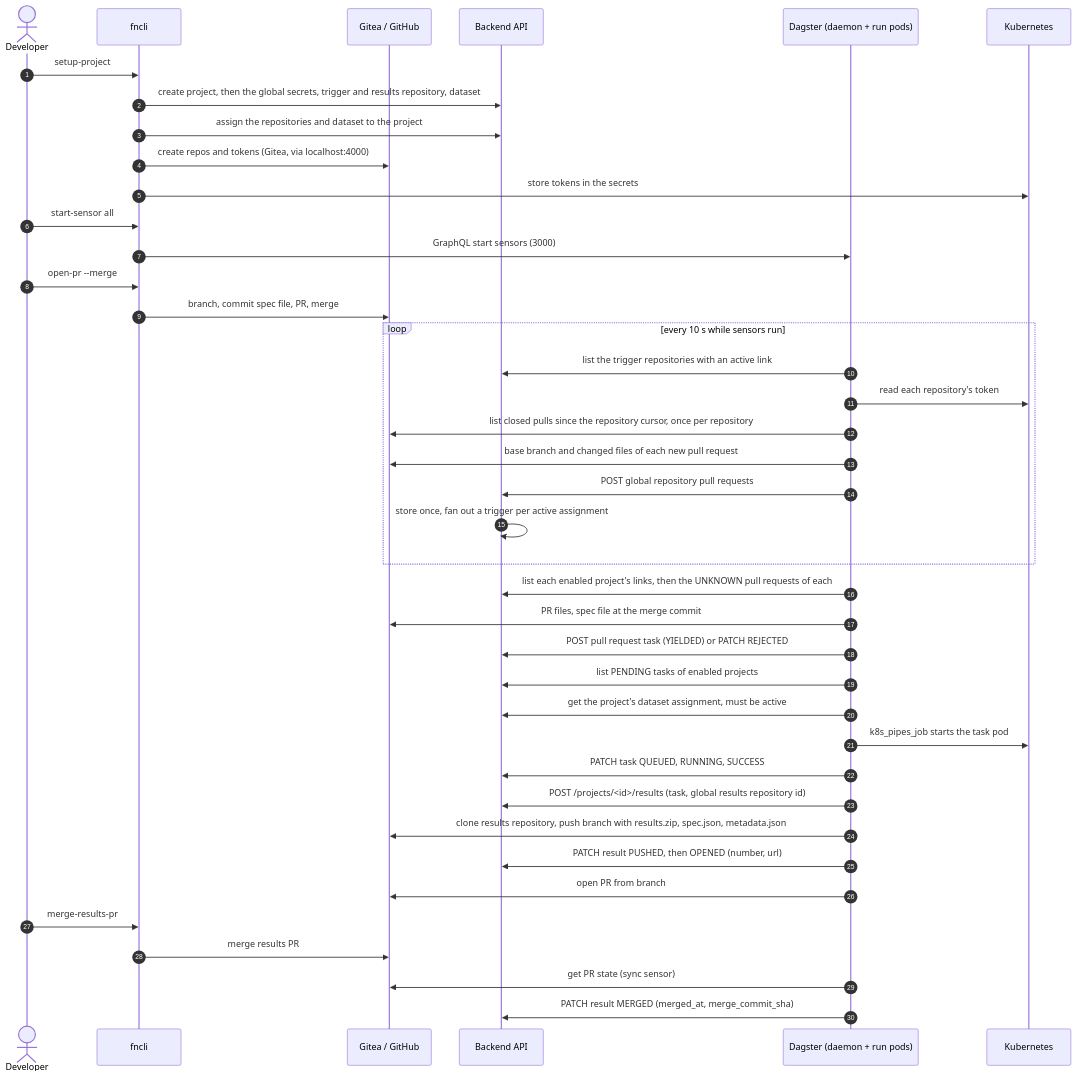
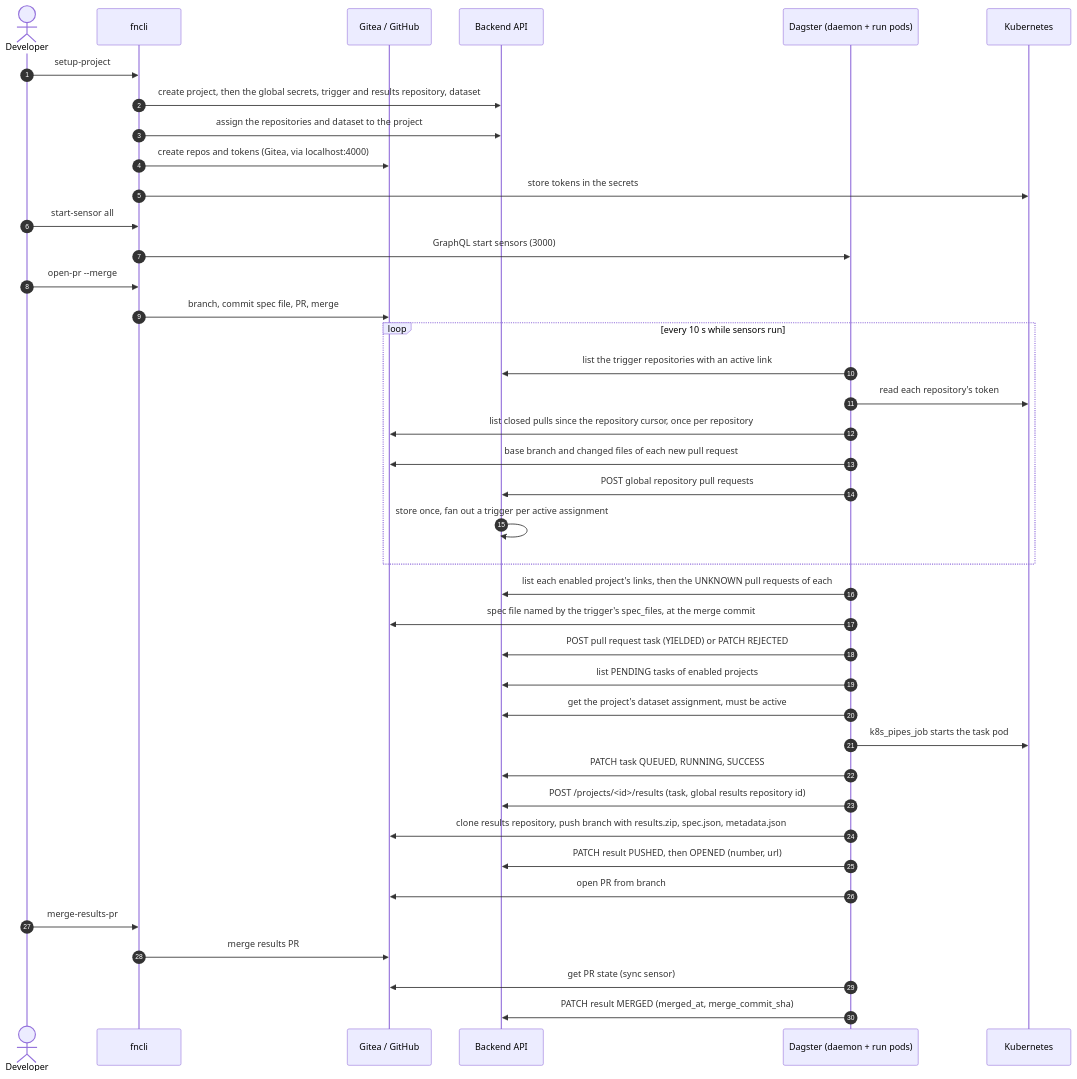
One commit to Aridhia-Open-Source/PHEMS_federated_node changed the second of 3 diagrams in docs/architecture/flows.md. Above: the diagram before and after it, drawn with Mermaid. The commit also changed 32 other files, not shown here.

````diff
--- a/docs/architecture/flows.md
+++ b/docs/architecture/flows.md
@@ -55,44 +55,44 @@
 ```mermaid
 sequenceDiagram
     autonumber
     actor Dev as Developer
     participant CLI as fncli
     participant Git as Gitea / GitHub
     participant BE as Backend API
     participant DG as Dagster (daemon + run pods)
     participant K8s as Kubernetes
 
     Dev->>CLI: setup-project
     CLI->>BE: create project, then the global secrets, trigger and results repository, dataset
     CLI->>BE: assign the repositories and dataset to the project
     CLI->>Git: create repos and tokens (Gitea, via localhost:4000)
     CLI->>K8s: store tokens in the secrets
     Dev->>CLI: start-sensor all
     CLI->>DG: GraphQL start sensors (3000)
     Dev->>CLI: open-pr --merge
     CLI->>Git: branch, commit spec file, PR, merge
 
     loop every 10 s while sensors run
         DG->>BE: list the trigger repositories with an active link
         DG->>K8s: read each repository's token
         DG->>Git: list closed pulls since the repository cursor, once per repository
         DG->>Git: base branch and changed files of each new pull request
         DG->>BE: POST global repository pull requests
         BE->>BE: store once, fan out a trigger per active assignment
     end
     DG->>BE: list each enabled project's links, then the UNKNOWN pull requests of each
-    DG->>Git: PR files, spec file at the merge commit
+    DG->>Git: spec file named by the trigger's spec_files, at the merge commit
     DG->>BE: POST pull request task (YIELDED) or PATCH REJECTED
     DG->>BE: list PENDING tasks of enabled projects
     DG->>BE: get the project's dataset assignment, must be active
     DG->>K8s: k8s_pipes_job starts the task pod
     DG->>BE: PATCH task QUEUED, RUNNING, SUCCESS
     DG->>BE: POST /projects/<id>/results (task, global results repository id)
     DG->>Git: clone results repository, push branch with results.zip, spec.json, metadata.json
     DG->>BE: PATCH result PUSHED, then OPENED (number, url)
     DG->>Git: open PR from branch
     Dev->>CLI: merge-results-pr
     CLI->>Git: merge results PR
     DG->>Git: get PR state (sync sensor)
     DG->>BE: PATCH result MERGED (merged_at, merge_commit_sha)
 ```
````
